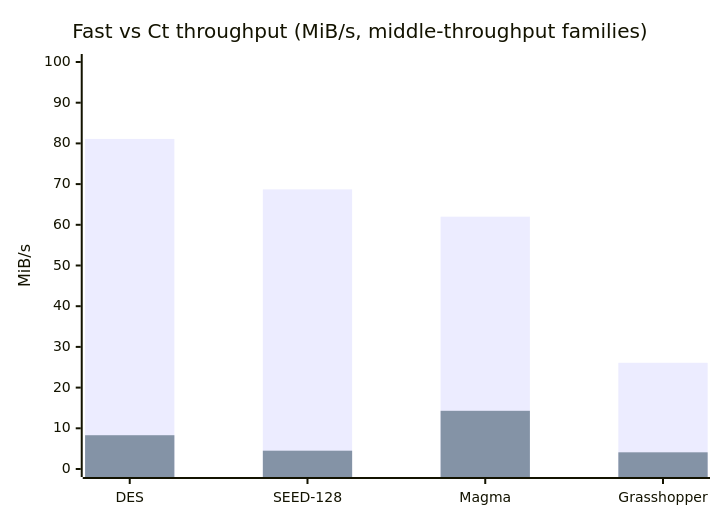
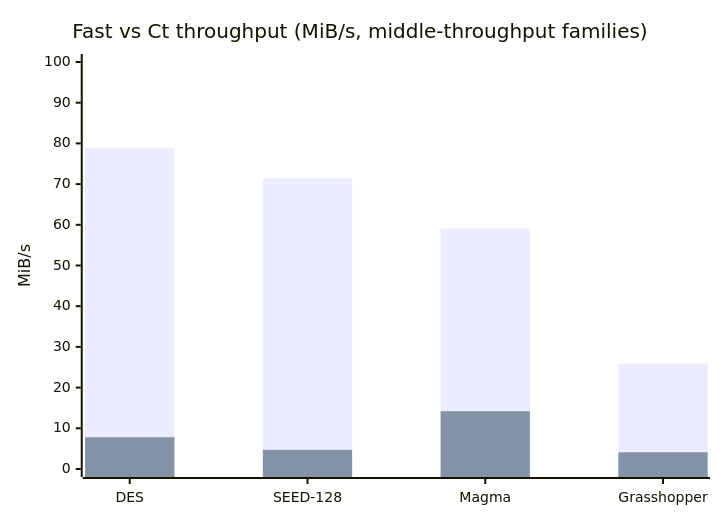
The second of 3 diagrams in ANALYSIS.md (darrelllong/cryptography), drawn with Mermaid before and after one commit. The commit also changed other lines of this file and 34 other files, not shown here.

````diff
--- a/ANALYSIS.md
+++ b/ANALYSIS.md
@@ -826,8 +830,8 @@
 ```mermaid
 xychart-beta
     title "Fast vs Ct throughput (MiB/s, middle-throughput families)"
     x-axis ["DES", "SEED-128", "Magma", "Grasshopper"]
     y-axis "MiB/s" 0 --> 100
-    bar [81.1, 68.7, 62.0, 26.1]
-    bar [8.3, 4.5, 14.3, 4.1]
+    bar [78.9, 71.4, 59.1, 25.9]
+    bar [7.8, 4.7, 14.2, 4.1]
 ```
````
